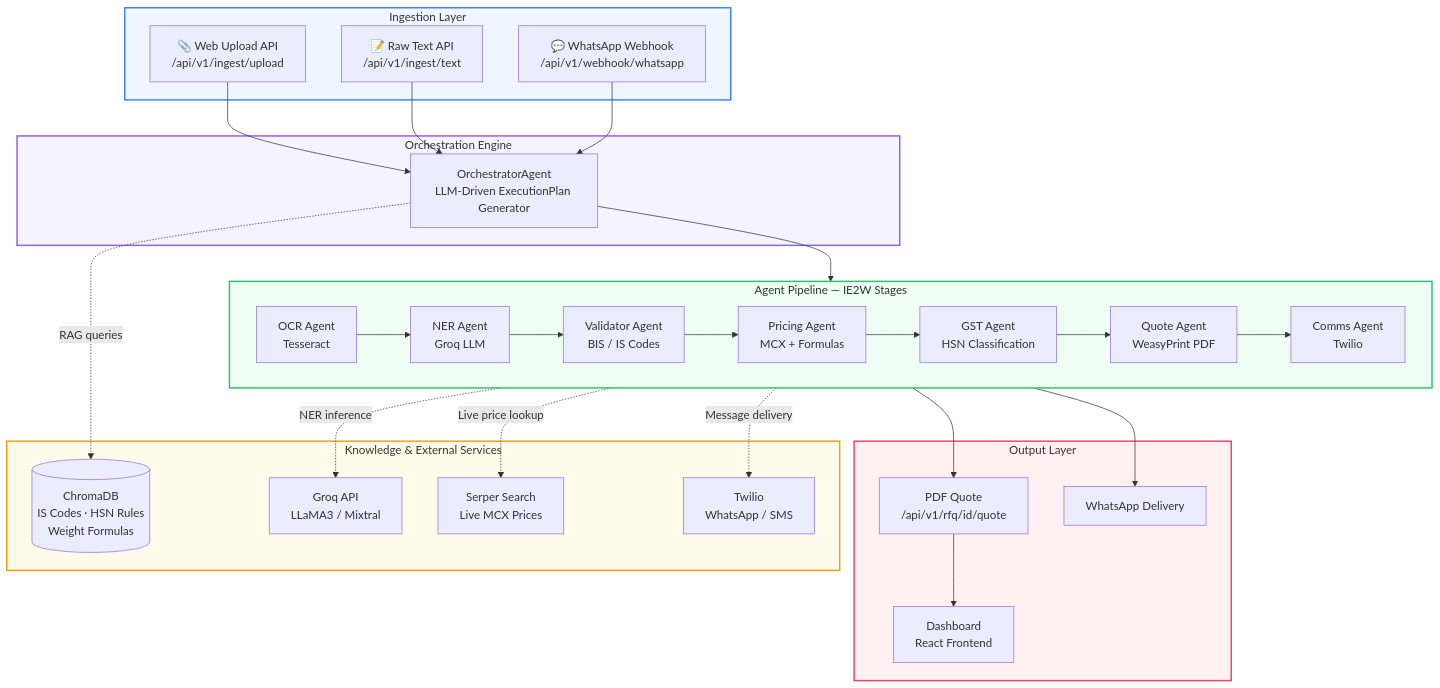
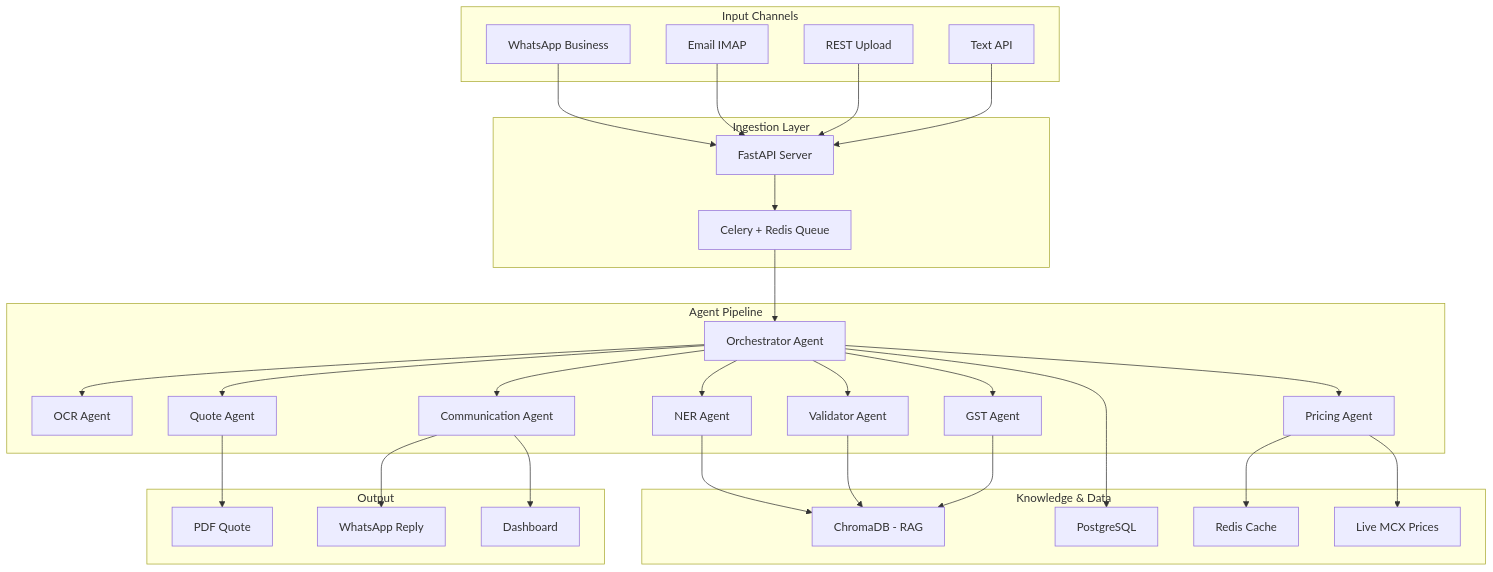
One commit to khuswant18/RFQ changed the first of 3 diagrams in README.md. Above: the diagram before and after it, drawn with Mermaid. The commit also changed other lines of this file and 62 other files, not shown here.

Commit message:
chore: SRIP production overhaul including Tailwind UI, PostgreSQL DB models, JWT Auth, Docker improvements, and pipeline bug fixes

````diff
--- a/README.md
+++ b/README.md
@@ -58,53 +28,61 @@
 ```mermaid
-flowchart TD
-    subgraph INGESTION["Ingestion Layer"]
-        A[📎 Web Upload API<br/>/api/v1/ingest/upload]
-        B[📝 Raw Text API<br/>/api/v1/ingest/text]
-        C[💬 WhatsApp Webhook<br/>/api/v1/webhook/whatsapp]
+graph TB
+    subgraph "Input Channels"
+        WA[WhatsApp Business]
+        EM[Email IMAP]
+        UP[REST Upload]
+        TX[Text API]
     end
 
-    subgraph ORCH["Orchestration Engine"]
-        D[OrchestratorAgent<br/>LLM-Driven ExecutionPlan Generator]
+    subgraph "Ingestion Layer"
+        API[FastAPI Server]
+        Q[Celery + Redis Queue]
     end
 
-    subgraph PIPELINE["Agent Pipeline  —  IE2W Stages"]
-        direction LR
-        F[OCR Agent<br/>Tesseract]
-        G[NER Agent<br/>Groq LLM]
-        H[Validator Agent<br/>BIS / IS Codes]
-        I[Pricing Agent<br/>MCX + Formulas]
-        J[GST Agent<br/>HSN Classification]
-        K[Quote Agent<br/>WeasyPrint PDF]
-        L[Comms Agent<br/>Twilio]
-        F --> G --> H --> I --> J --> K --> L
+    subgraph "Agent Pipeline"
+        ORC[Orchestrator Agent]
+        OCR[OCR Agent]
+        NER[NER Agent]
+        VAL[Validator Agent]
+        PRC[Pricing Agent]
+        GST[GST Agent]
+        QTE[Quote Agent]
+        COM[Communication Agent]
     end
 
-    subgraph KNOWLEDGE["Knowledge & External Services"]
-        M[(ChromaDB<br/>IS Codes · HSN Rules<br/>Weight Formulas)]
-        N[Groq API<br/>LLaMA3 / Mixtral]
-        O[Serper Search<br/>Live MCX Prices]
-        P[Twilio<br/>WhatsApp / SMS]
+    subgraph "Knowledge & Data"
+        CHR[ChromaDB - RAG]
+        PG[PostgreSQL]
+        RD[Redis Cache]
+        MCX[Live MCX Prices]
     end
 
-    subgraph OUTPUT["Output Layer"]
-        Q[PDF Quote<br/>/api/v1/rfq/id/quote]
-        R[WhatsApp Delivery]
-        S[Dashboard<br/>React Frontend]
+    subgraph "Output"
+        PDF[PDF Quote]
+        WAO[WhatsApp Reply]
+        DASH[Dashboard]
     end
 
-    A & B & C --> D
-    D --> F
-    D -.->|RAG queries| M
-    G -.->|NER inference| N
-    I -.->|Live price lookup| O
-    L -.->|Message delivery| P
-    K --> Q
-    L --> R
-    Q --> S
-
-    style INGESTION fill:#EFF6FF,stroke:#3B82F6,stroke-width:2px
-    style ORCH fill:#F5F3FF,stroke:#8B5CF6,stroke-width:2px
-    style PIPELINE fill:#F0FDF4,stroke:#22C55E,stroke-width:2px
-    style KNOWLEDGE fill:#FFFBEB,stroke:#F59E0B,stroke-width:2px
-    style OUTPUT fill:#FFF1F2,stroke:#F43F5E,stroke-width:2px
+    WA --> API
+    EM --> API
+    UP --> API
+    TX --> API
+    API --> Q
+    Q --> ORC
+    ORC --> OCR
+    ORC --> NER
+    ORC --> VAL
+    ORC --> PRC
+    ORC --> GST
+    ORC --> QTE
+    ORC --> COM
+    NER --> CHR
+    VAL --> CHR
+    PRC --> MCX
+    PRC --> RD
+    GST --> CHR
+    QTE --> PDF
+    COM --> WAO
+    COM --> DASH
+    ORC --> PG
 ```
````
